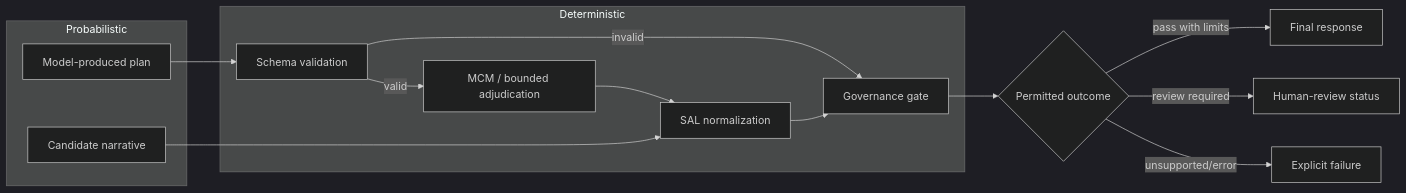
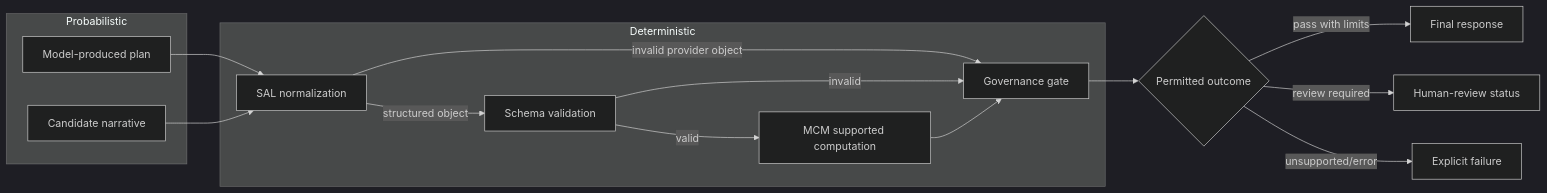
Before and after one commit to mdlewis365/carter-synthetic-os: the diagram in docs/GOVERNANCE.md, drawn with Mermaid (dark theme). The commit also changed other lines of this file and 39 other files, not shown here.

````diff
--- a/docs/GOVERNANCE.md
+++ b/docs/GOVERNANCE.md
@@ -9,23 +9,24 @@
 ```mermaid
 flowchart LR
     subgraph Probabilistic
         P[Model-produced plan]
         C[Candidate narrative]
     end
     subgraph Deterministic
         V[Schema validation]
-        M[MCM / bounded adjudication]
+        M[MCM supported computation]
         S[SAL normalization]
         G[Governance gate]
     end
-    P --> V
+    P --> S
+    C --> S
+    S -->|structured object| V
+    S -->|invalid provider object| G
     V -->|valid| M
     V -->|invalid| G
-    M --> S
-    S --> G
-    C --> S
+    M --> G
     G --> A{Permitted outcome}
     A -->|pass with limits| R[Final response]
     A -->|review required| H[Human-review status]
     A -->|unsupported/error| F[Explicit failure]
 ```
````
